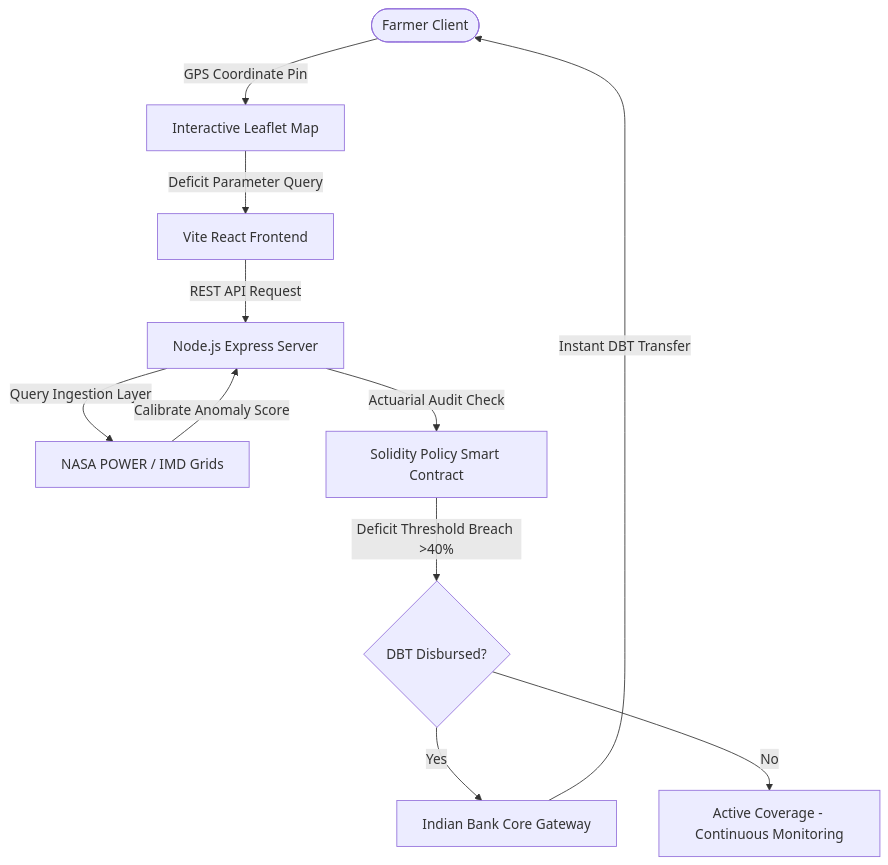
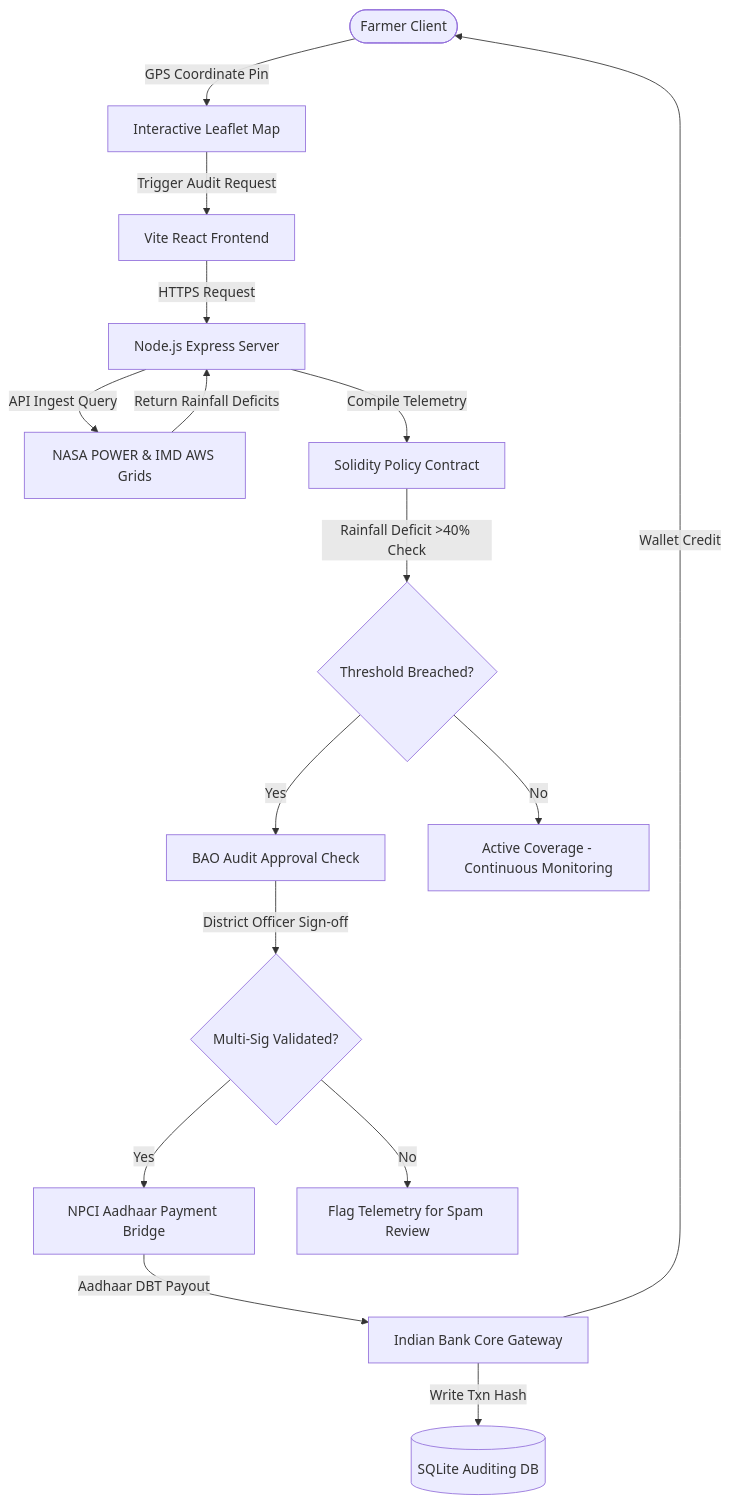
The diagram in README.md (immanuel-thomas-j/KrishiShield-Parametric), drawn with Mermaid before and after one commit. The commit also changed other lines of this file, not shown here.

Commit message:
Update README with detailed Indian context, current affairs, BAO governance, and improved Mermaid diagram

````diff
--- a/README.md
+++ b/README.md
@@ -31,13 +31,30 @@
 ```mermaid
 graph TD
-    User([Farmer Client]) -->|GPS Coordinate Pin| Map[Interactive Leaflet Map]
-    Map -->|Deficit Parameter Query| API[Vite React Frontend]
-    API -->|REST API Request| BE[Node.js Express Server]
-    BE -->|Query Ingestion Layer| Meteo[NASA POWER / IMD Grids]
-    Meteo -->|Calibrate Anomaly Score| BE
-    BE -->|Actuarial Audit Check| SC[Solidity Policy Smart Contract]
-    SC -->|Deficit Threshold Breach &gt;40%| DBT{DBT Disbursed?}
-    DBT -->|Yes| IndianBank[Indian Bank Core Gateway]
-    DBT -->|No| Monitoring[Active Coverage - Continuous Monitoring]
-    IndianBank -->|Instant DBT Transfer| User
+    %% Farmer Interaction
+    Farmer([Farmer Client]) -->|GPS Coordinate Pin| LeafletMap[Interactive Leaflet Map]
+    LeafletMap -->|Trigger Audit Request| ReactFE[Vite React Frontend]
+    
+    %% API Ingestion
+    ReactFE -->|HTTPS Request| ExpressBE[Node.js Express Server]
+    ExpressBE -->|API Ingest Query| NASA[NASA POWER & IMD AWS Grids]
+    NASA -->|Return Rainfall Deficits| ExpressBE
+    
+    %% Blockchain Parametric Evaluation
+    ExpressBE -->|Compile Telemetry| SmartContract[Solidity Policy Contract]
+    SmartContract -->|Rainfall Deficit &gt;40% Check| ThresholdCheck{Threshold Breached?}
+    
+    %% Multi-Sig Governance (Anti-Spam)
+    ThresholdCheck -->|Yes| BAOApproval[BAO Audit Approval Check]
+    BAOApproval -->|District Officer Sign-off| MultiSig{Multi-Sig Validated?}
+    ThresholdCheck -->|No| ActiveCover[Active Coverage - Continuous Monitoring]
+    
+    %% Payout Execution
+    MultiSig -->|Yes| NPCIGateway[NPCI Aadhaar Payment Bridge]
+    MultiSig -->|No| FlagSpam[Flag Telemetry for Spam Review]
+    
+    NPCIGateway -->|Aadhaar DBT Payout| IndianBank[Indian Bank Core Gateway]
+    IndianBank -->|Wallet Credit| Farmer
+    
+    %% Audit Ledgers
+    IndianBank -->|Write Txn Hash| SQLite[(SQLite Auditing DB)]
 ```
````
